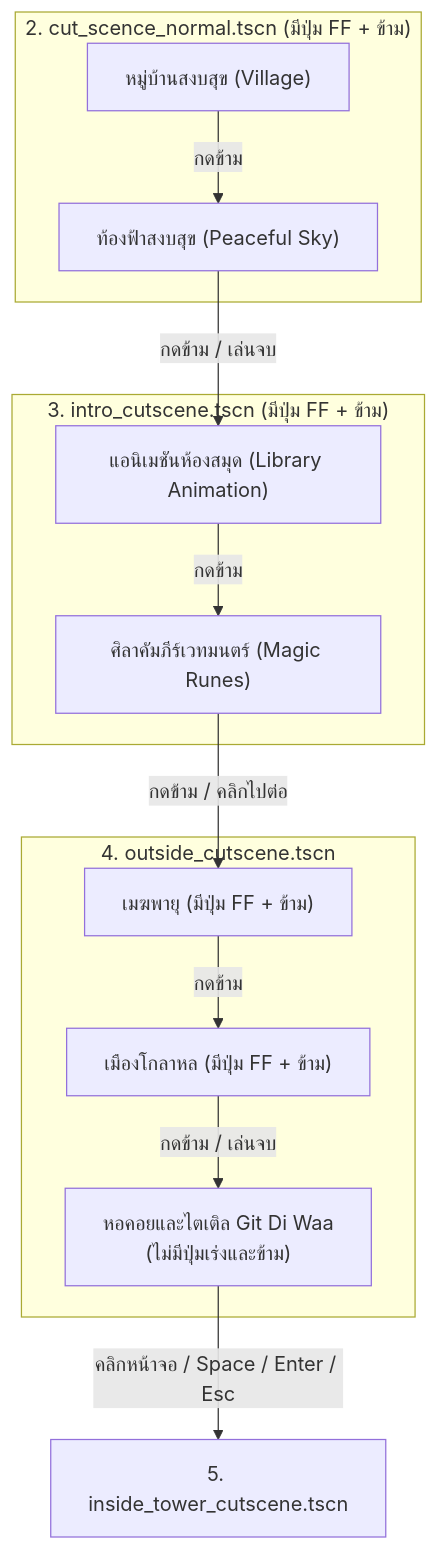
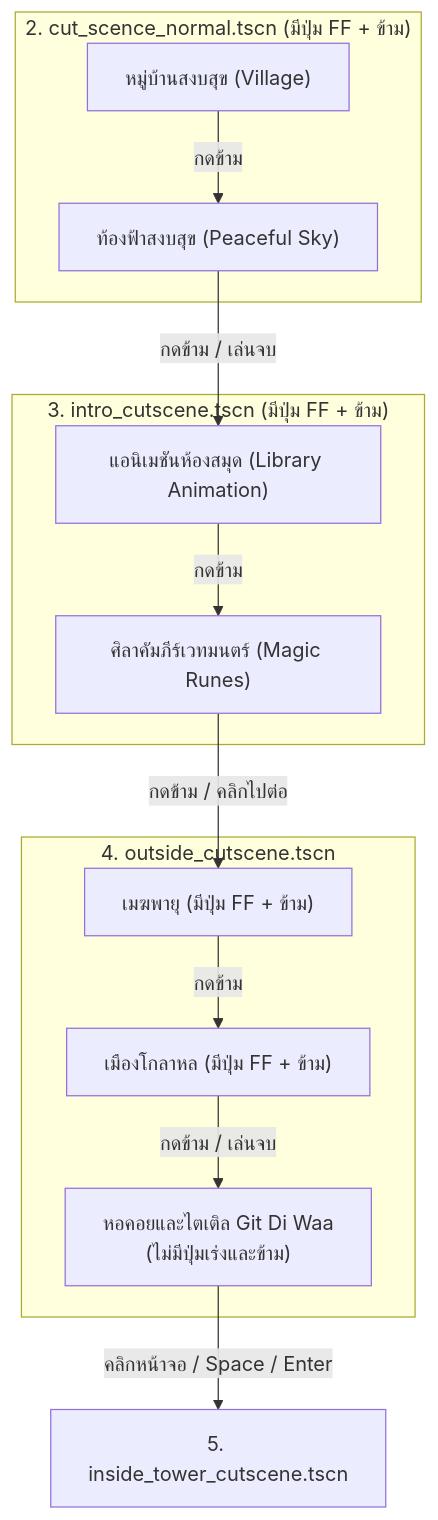
The second of 2 diagrams in docs/cutscene-controls.md (PetchAuisui/Demo-Game-Git-Diwaa), drawn with Mermaid before and after one commit. The commit also changed other lines of this file, not shown here.

Commit message:
docs(cutscene): ตัดปุ่ม Esc ออกจากหน้าไตเติล Stage 3 ให้ความหมาย Esc ตรงกันทั้งเอกสาร

````diff
--- a/docs/cutscene-controls.md
+++ b/docs/cutscene-controls.md
@@ -129,19 +129,19 @@
 ```mermaid
 flowchart TD
     subgraph S1["2. cut_scence_normal.tscn (มีปุ่ม FF + ข้าม)"]
         N1["หมู่บ้านสงบสุข (Village)"] -->|"กดข้าม"| N2["ท้องฟ้าสงบสุข (Peaceful Sky)"]
     end
     
     subgraph S2["3. intro_cutscene.tscn (มีปุ่ม FF + ข้าม)"]
         I1["แอนิเมชันห้องสมุด (Library Animation)"] -->|"กดข้าม"| I2["ศิลาคัมภีร์เวทมนตร์ (Magic Runes)"]
     end
     
     subgraph S3["4. outside_cutscene.tscn"]
         O1["เมฆพายุ (มีปุ่ม FF + ข้าม)"] -->|"กดข้าม"| O2["เมืองโกลาหล (มีปุ่ม FF + ข้าม)"]
         O2 -->|"กดข้าม / เล่นจบ"| O3["หอคอยและไตเติล Git Di Waa\n(ไม่มีปุ่มเร่งและข้าม)"]
     end
     
     N2 -->|"กดข้าม / เล่นจบ"| I1
     I2 -->|"กดข้าม / คลิกไปต่อ"| O1
-    O3 -->|"คลิกหน้าจอ / Space / Enter / Esc"| Inside["5. inside_tower_cutscene.tscn"]
+    O3 -->|"คลิกหน้าจอ / Space / Enter"| Inside["5. inside_tower_cutscene.tscn"]
 ```
````
